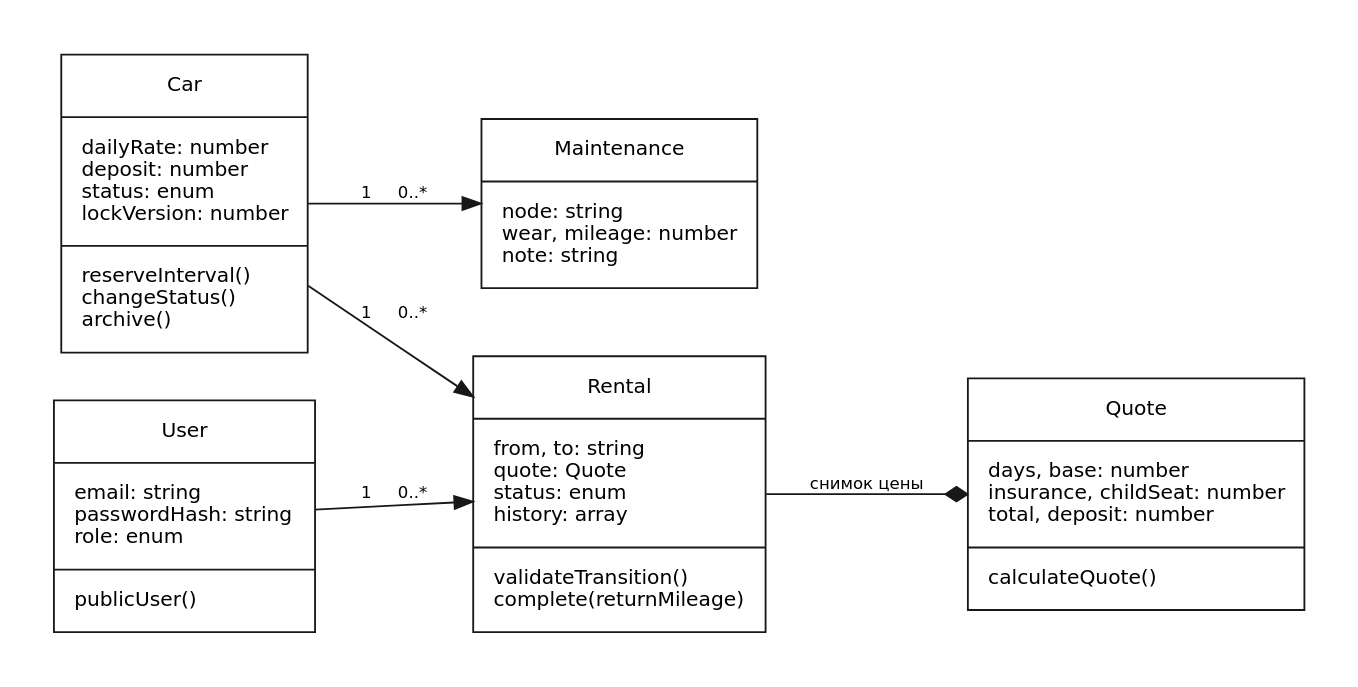
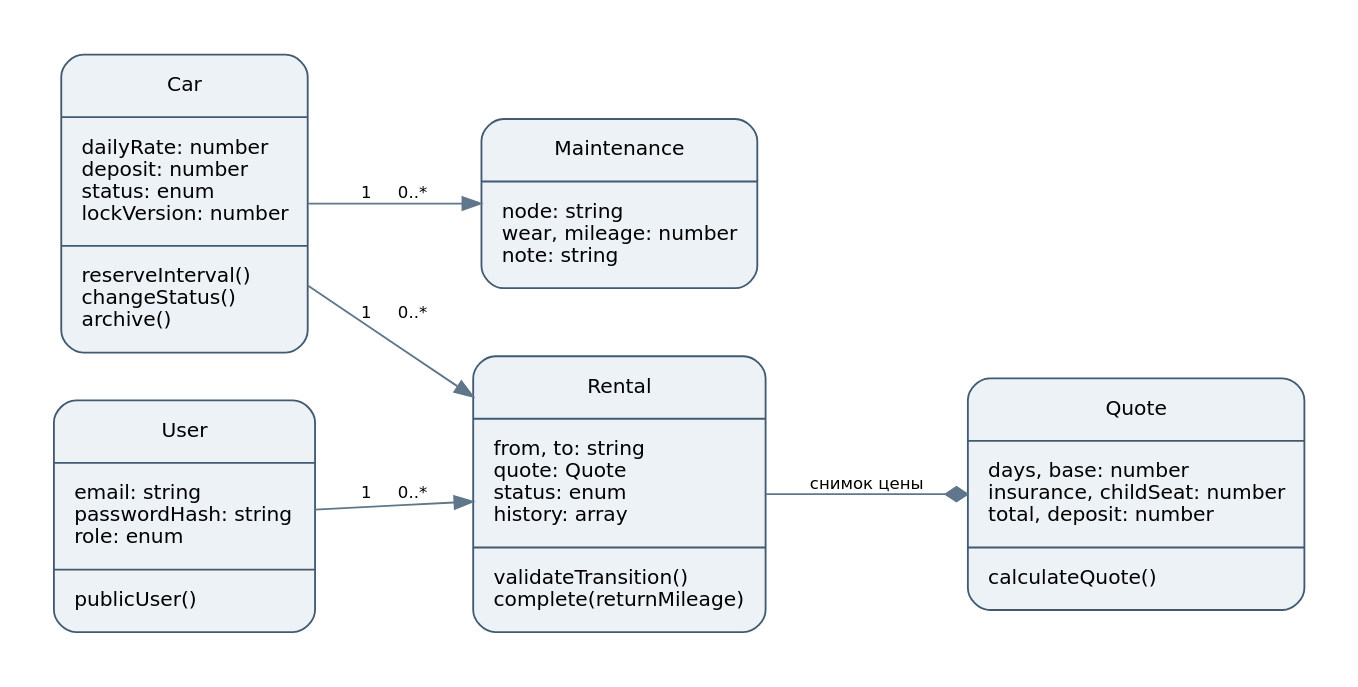
The diagram in docs/diagrams/classes.dot (alexander2007B/cursovaya), drawn with Graphviz before and after one commit. The commit also changed 33 other files, not shown here.

Commit message:
Restore original diagram layouts with subtle blue-grey colors

```diff
--- a/docs/diagrams/classes.dot
+++ b/docs/diagrams/classes.dot
@@ -1,1 +1,1 @@
-digraph G {graph [fontname="DejaVu Sans",bgcolor="white",pad="0.3",ranksep="0.65",nodesep="0.35"]; node [fontname="DejaVu Sans",fontsize=11,shape=box,style="filled",fillcolor="white",color="#181818",margin="0.15"]; edge [fontname="DejaVu Sans",fontsize=9,color="#181818"];rankdir=LR;node[shape=record];Car[label="Car|dailyRate: number\ldeposit: number\lstatus: enum\llockVersion: number\l|reserveInterval()\lchangeStatus()\larchive()\l"];Rental[label="Rental|from, to: string\lquote: Quote\lstatus: enum\lhistory: array\l|validateTransition()\lcomplete(returnMileage)\l"];User[label="User|email: string\lpasswordHash: string\lrole: enum\l|publicUser()\l"];Quote[label="Quote|days, base: number\linsurance, childSeat: number\ltotal, deposit: number\l|calculateQuote()\l"];Maintenance[label="Maintenance|node: string\lwear, mileage: number\lnote: string\l"];User->Rental[label="1     0..*"];Car->Rental[label="1     0..*"];Car->Maintenance[label="1     0..*"];Rental->Quote[arrowhead=diamond,label="снимок цены"];}
+digraph G {graph [fontname="DejaVu Sans",bgcolor="white",pad="0.3",ranksep="0.65",nodesep="0.35"]; node [fontname="DejaVu Sans",fontsize=11,shape=box,style="rounded,filled",fillcolor="#edf2f7",color="#425a70",margin="0.15"]; edge [fontname="DejaVu Sans",fontsize=9,color="#60768a"];rankdir=LR;node[shape=record];Car[label="Car|dailyRate: number\ldeposit: number\lstatus: enum\llockVersion: number\l|reserveInterval()\lchangeStatus()\larchive()\l"];Rental[label="Rental|from, to: string\lquote: Quote\lstatus: enum\lhistory: array\l|validateTransition()\lcomplete(returnMileage)\l"];User[label="User|email: string\lpasswordHash: string\lrole: enum\l|publicUser()\l"];Quote[label="Quote|days, base: number\linsurance, childSeat: number\ltotal, deposit: number\l|calculateQuote()\l"];Maintenance[label="Maintenance|node: string\lwear, mileage: number\lnote: string\l"];User->Rental[label="1     0..*"];Car->Rental[label="1     0..*"];Car->Maintenance[label="1     0..*"];Rental->Quote[arrowhead=diamond,label="снимок цены"];}
```
